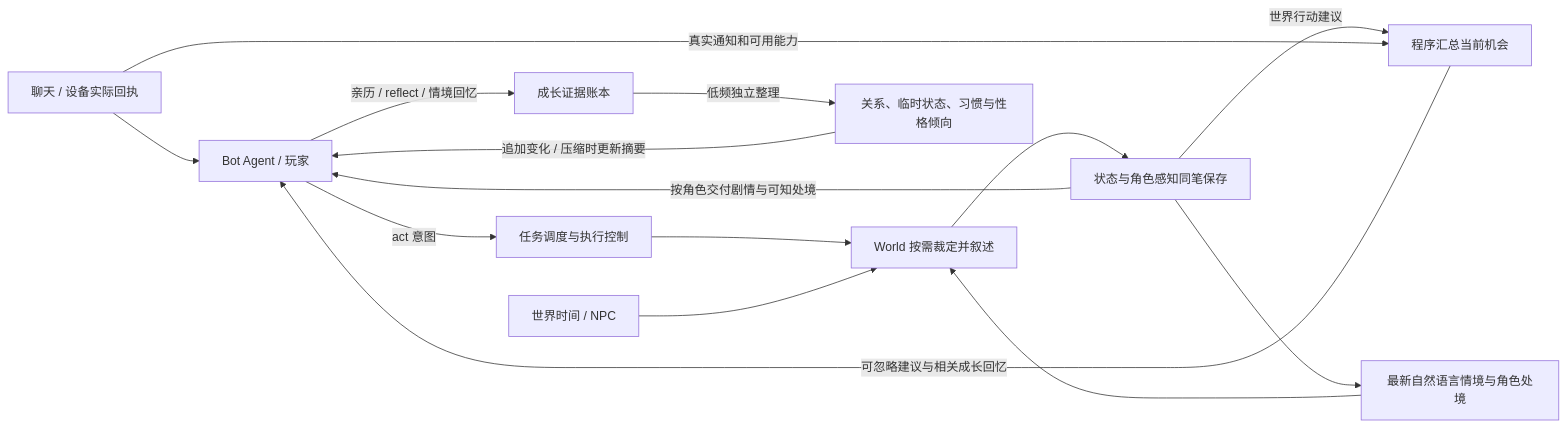
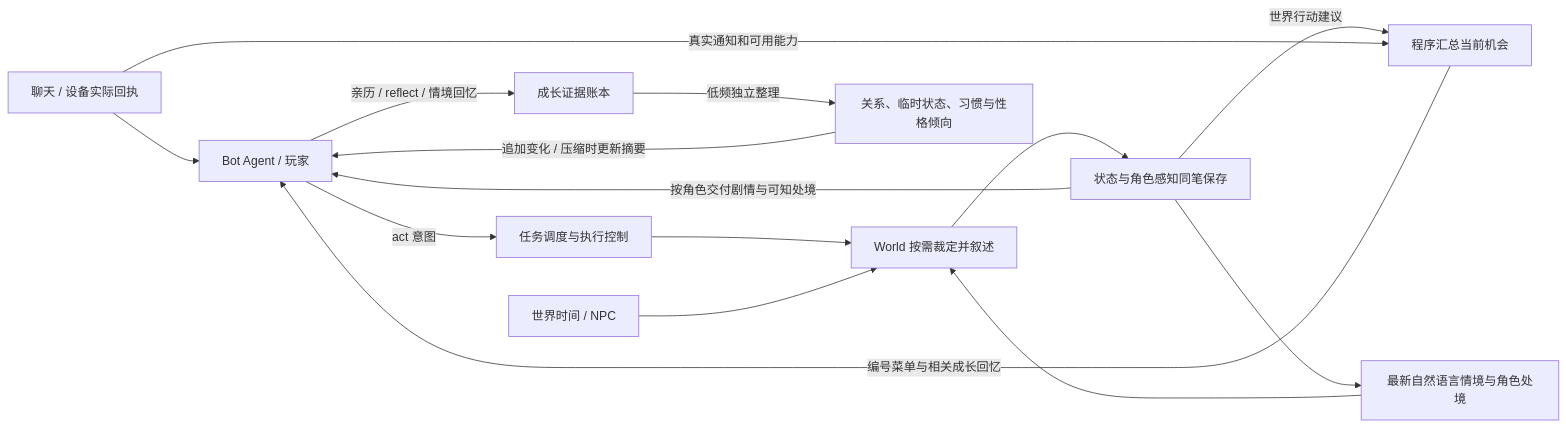
Before and after one commit to YesWeAreBot/YesImBotWorld: the first of 3 diagrams in README.md, drawn with Mermaid. The commit also changed other lines of this file and 238 other files, not shown here.

````diff
--- a/README.md
+++ b/README.md
@@ -30,17 +34,17 @@
 ```mermaid
 flowchart LR
   B[Bot Agent / 玩家] -->|act 意图| A[任务调度与执行控制]
   S[最新自然语言情境与角色处境] --> W[World 按需裁定并叙述]
   A --> W
   T[世界时间 / NPC] --> W
   W --> J[状态与角色感知同笔保存]
   J --> S
   J -->|按角色交付剧情与可知处境| B
   J -->|世界行动建议| O[程序汇总当前机会]
   P -->|真实通知和可用能力| O
-  O -->|可忽略建议与相关成长回忆| B
+  O -->|编号菜单与相关成长回忆| B
   B -->|亲历 / reflect / 情境回忆| G[成长证据账本]
   G -->|低频独立整理| R[关系、临时状态、习惯与性格倾向]
   R -->|追加变化 / 压缩时更新摘要| B
   P[聊天 / 设备实际回执] --> B
 ```
````
